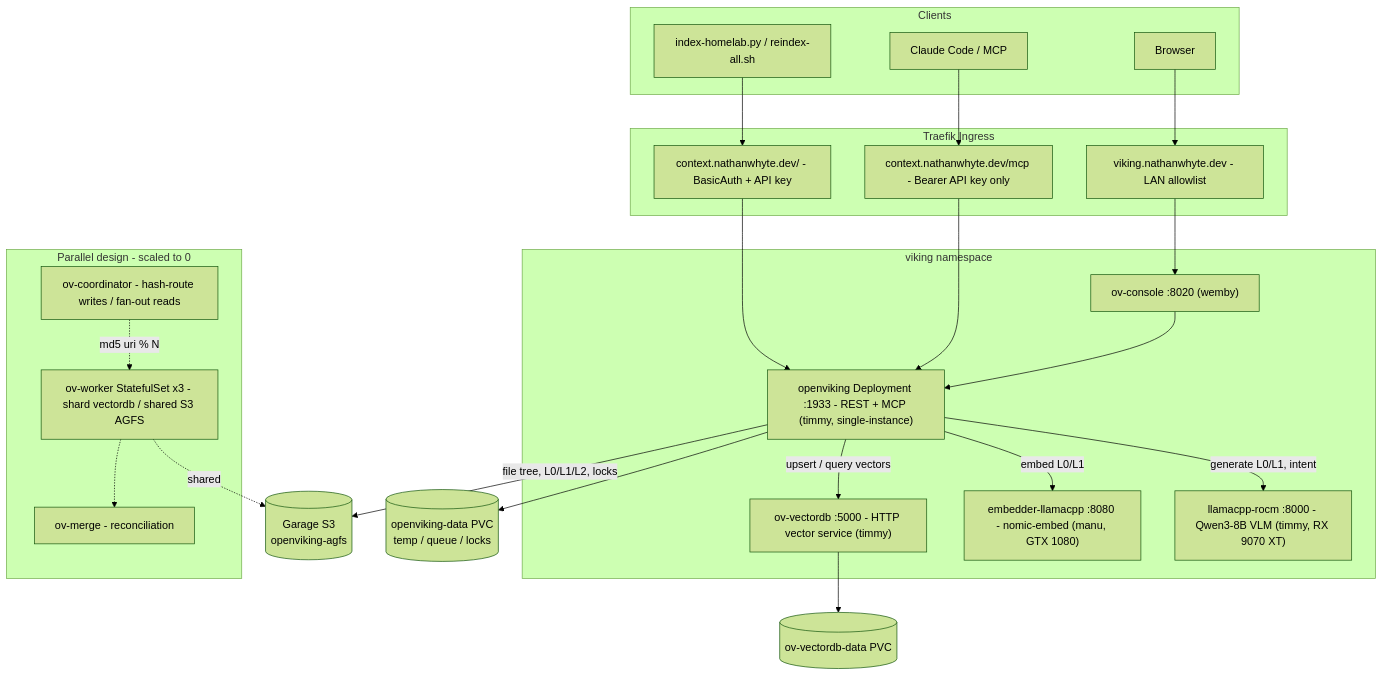
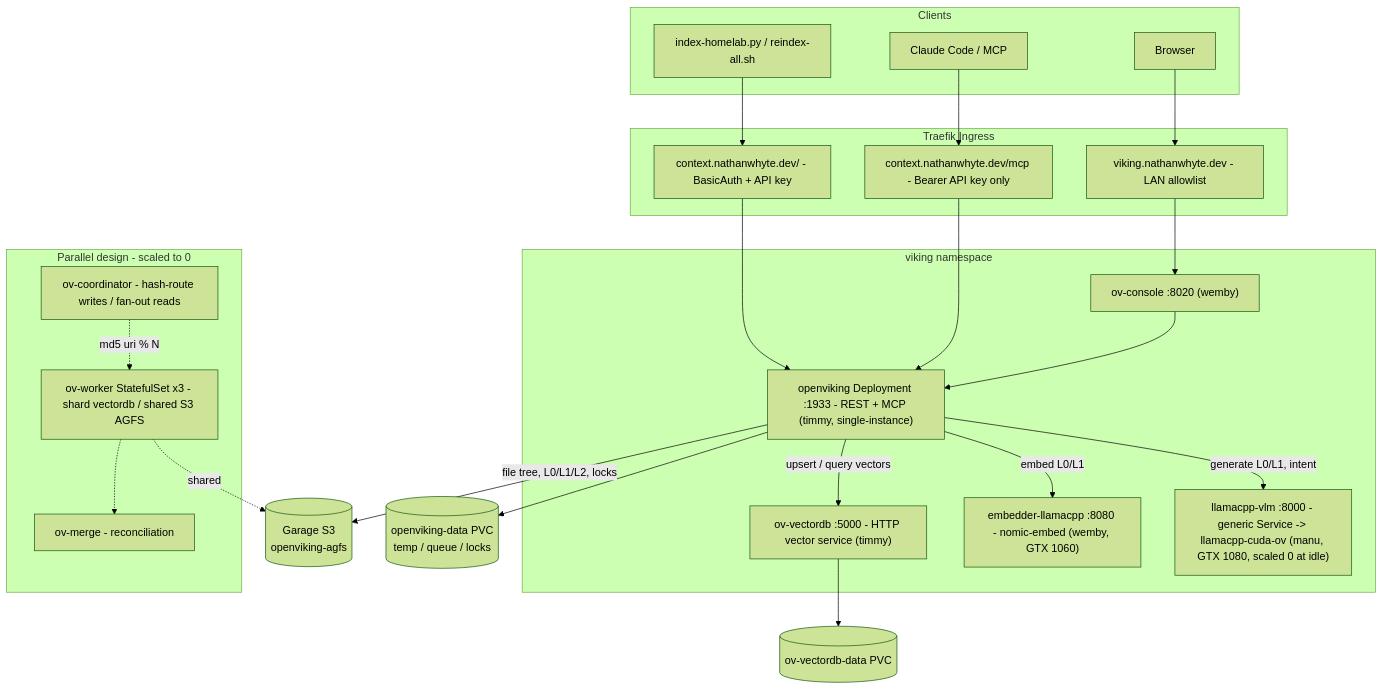
The diagram in viking/docs/2026-06-04-openviking-stack-implementation-report.md (nathanwhyte/homelab), drawn with Mermaid (forest theme) before and after one commit. The commit also changed other lines of this file and 4 other files, not shown here.

First line of the commit message:
viking: IDEA-009 Phase 4 — retire ROCm VLM, refresh topology docs

````diff
--- a/viking/docs/2026-06-04-openviking-stack-implementation-report.md
+++ b/viking/docs/2026-06-04-openviking-stack-implementation-report.md
@@ -33,48 +36,48 @@
 ```mermaid
 flowchart TB
     subgraph clients[Clients]
         cc[Claude Code / MCP]
         idx[index-homelab.py / reindex-all.sh]
         ui[Browser]
     end
 
     subgraph edge[Traefik Ingress]
         api["context.nathanwhyte.dev/ - BasicAuth + API key"]
         mcp["context.nathanwhyte.dev/mcp - Bearer API key only"]
         con["viking.nathanwhyte.dev - LAN allowlist"]
     end
 
     cc --> mcp
     idx --> api
     ui --> con
 
     subgraph viking[viking namespace]
         ov["openviking Deployment :1933 - REST + MCP (timmy, single-instance)"]
         console["ov-console :8020 (wemby)"]
         vdb["ov-vectordb :5000 - HTTP vector service (timmy)"]
-        emb["embedder-llamacpp :8080 - nomic-embed (manu, GTX 1080)"]
-        vlm["llamacpp-rocm :8000 - Qwen3-8B VLM (timmy, RX 9070 XT)"]
+        emb["embedder-llamacpp :8080 - nomic-embed (wemby, GTX 1060)"]
+        vlm["llamacpp-vlm :8000 - generic Service -> llamacpp-cuda-ov (manu, GTX 1080, scaled 0 at idle)"]
     end
 
     api --> ov
     mcp --> ov
     con --> console
     console --> ov
 
     ov -->|embed L0/L1| emb
     ov -->|generate L0/L1, intent| vlm
     ov -->|upsert / query vectors| vdb
 
     ov -->|file tree, L0/L1/L2, locks| s3[("Garage S3\nopenviking-agfs")]
     vdb --> vpvc[("ov-vectordb-data PVC")]
     ov --> opvc[("openviking-data PVC\ntemp / queue / locks")]
 
     subgraph dormant[Parallel design - scaled to 0]
         coord[ov-coordinator - hash-route writes / fan-out reads]
         wrk[ov-worker StatefulSet x3 - shard vectordb / shared S3 AGFS]
         mrg[ov-merge - reconciliation]
     end
     coord -.->|md5 uri % N| wrk
     wrk -.-> mrg
     wrk -.->|shared| s3
 ```
````
